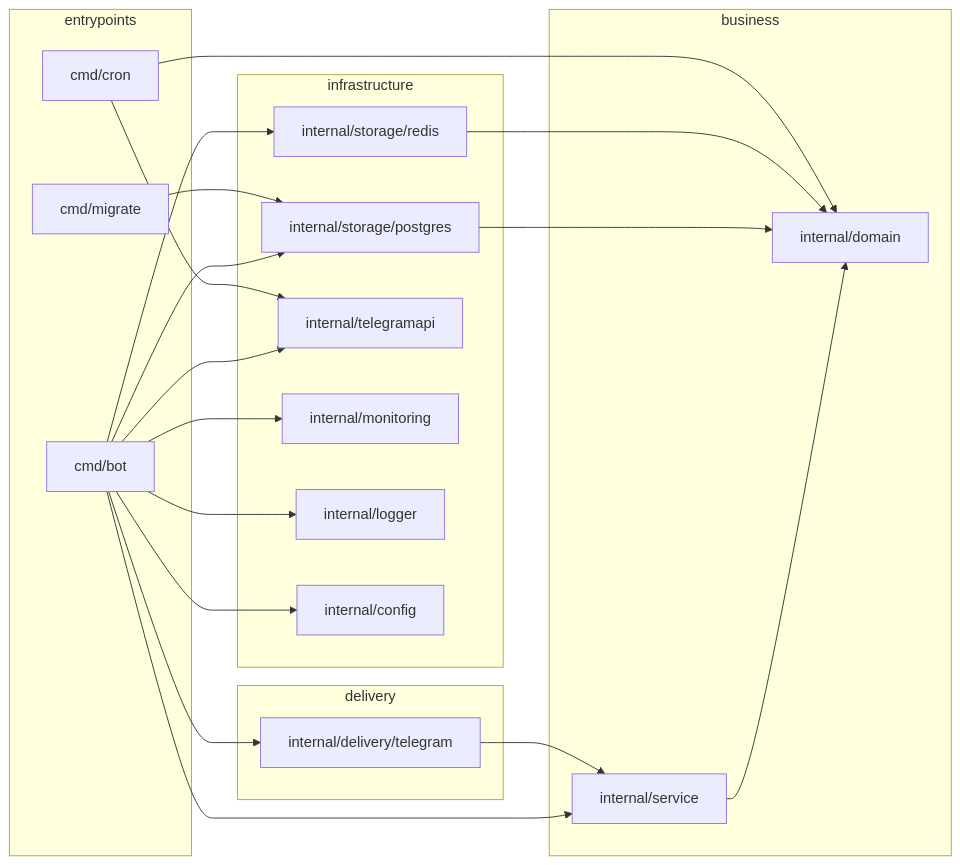
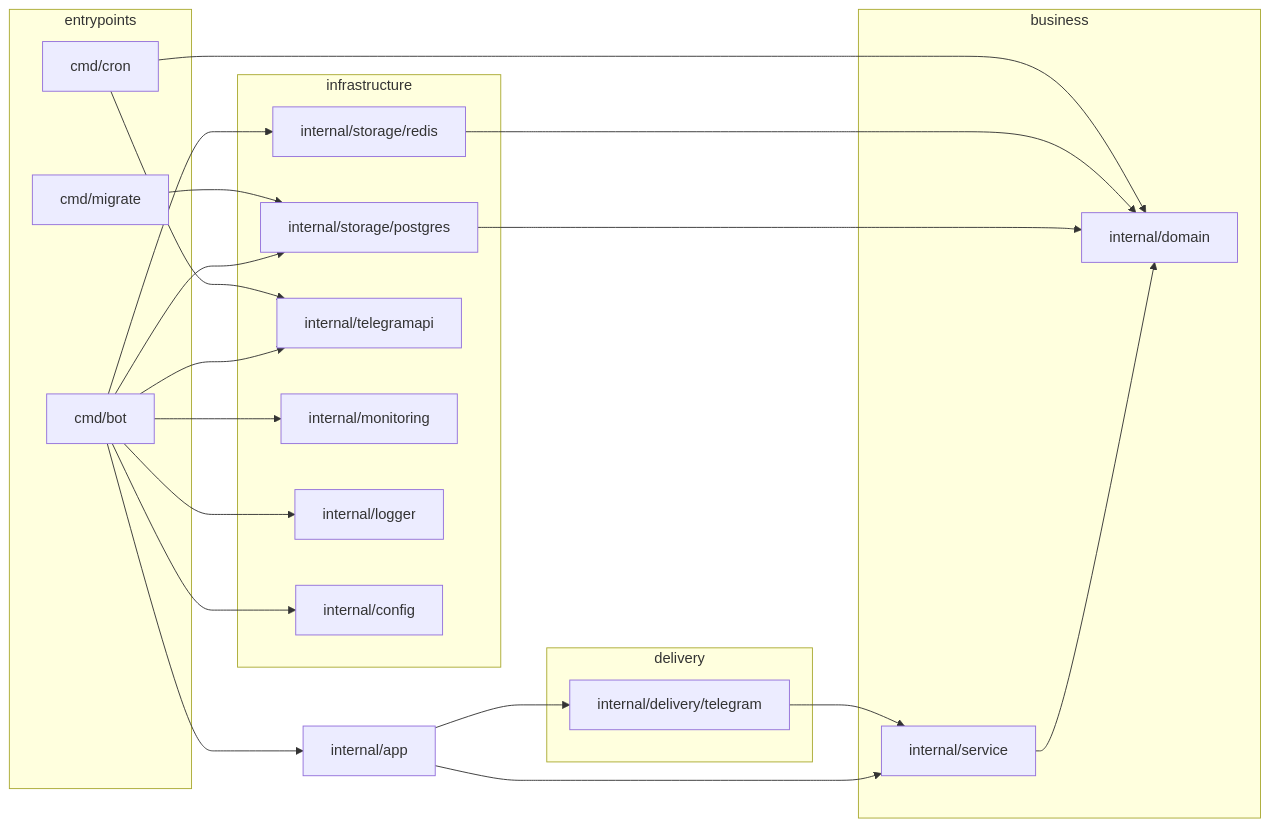
The first of 3 diagrams in docs/ARCHITECTURE.md (gerruda/mega-trainer-go), drawn with Mermaid before and after one commit. The commit also changed other lines of this file and 3 other files, not shown here.

````diff
--- a/docs/ARCHITECTURE.md
+++ b/docs/ARCHITECTURE.md
@@ -10,42 +10,43 @@
 ```mermaid
 graph LR
     subgraph entrypoints
         BOT[cmd/bot]
         MIG[cmd/migrate]
         CRON[cmd/cron]
     end
 
     subgraph delivery
         TG[internal/delivery/telegram]
     end
 
     subgraph business
         SVC[internal/service]
         DOM[internal/domain]
     end
 
     subgraph infrastructure
         PG[internal/storage/postgres]
         RDS[internal/storage/redis]
         TAPI[internal/telegramapi]
         MON[internal/monitoring]
         LOG[internal/logger]
         CFG[internal/config]
     end
 
-    BOT --> TG
-    BOT --> SVC
+    BOT --> APP[internal/app]
+    APP --> TG
+    APP --> SVC
     BOT --> PG
     BOT --> RDS
     BOT --> TAPI
     BOT --> MON
     BOT --> LOG
     BOT --> CFG
     TG --> SVC
     SVC --> DOM
     PG --> DOM
     RDS --> DOM
     CRON --> DOM
     CRON --> TAPI
     MIG --> PG
 ```
````
